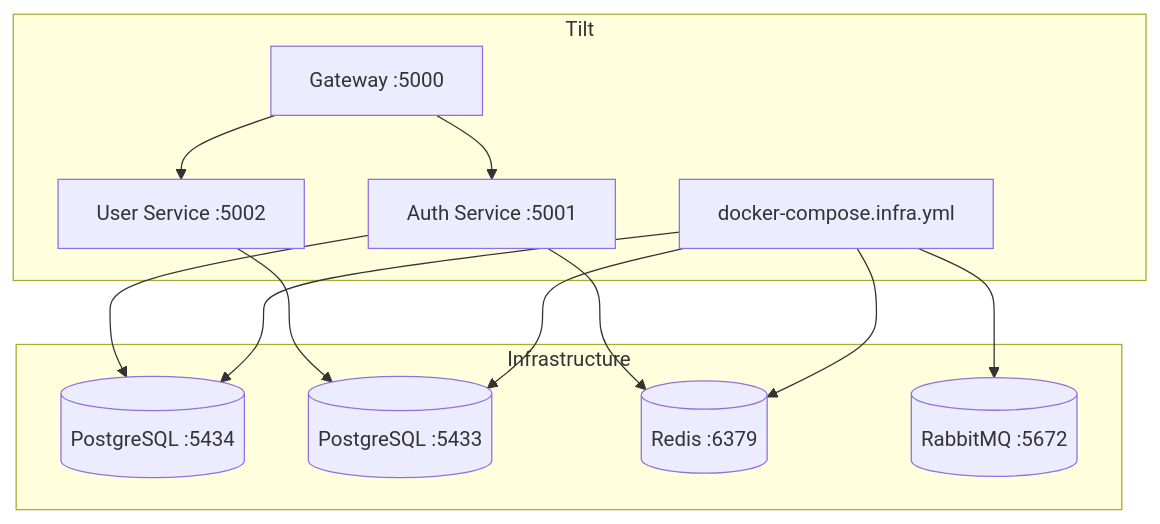
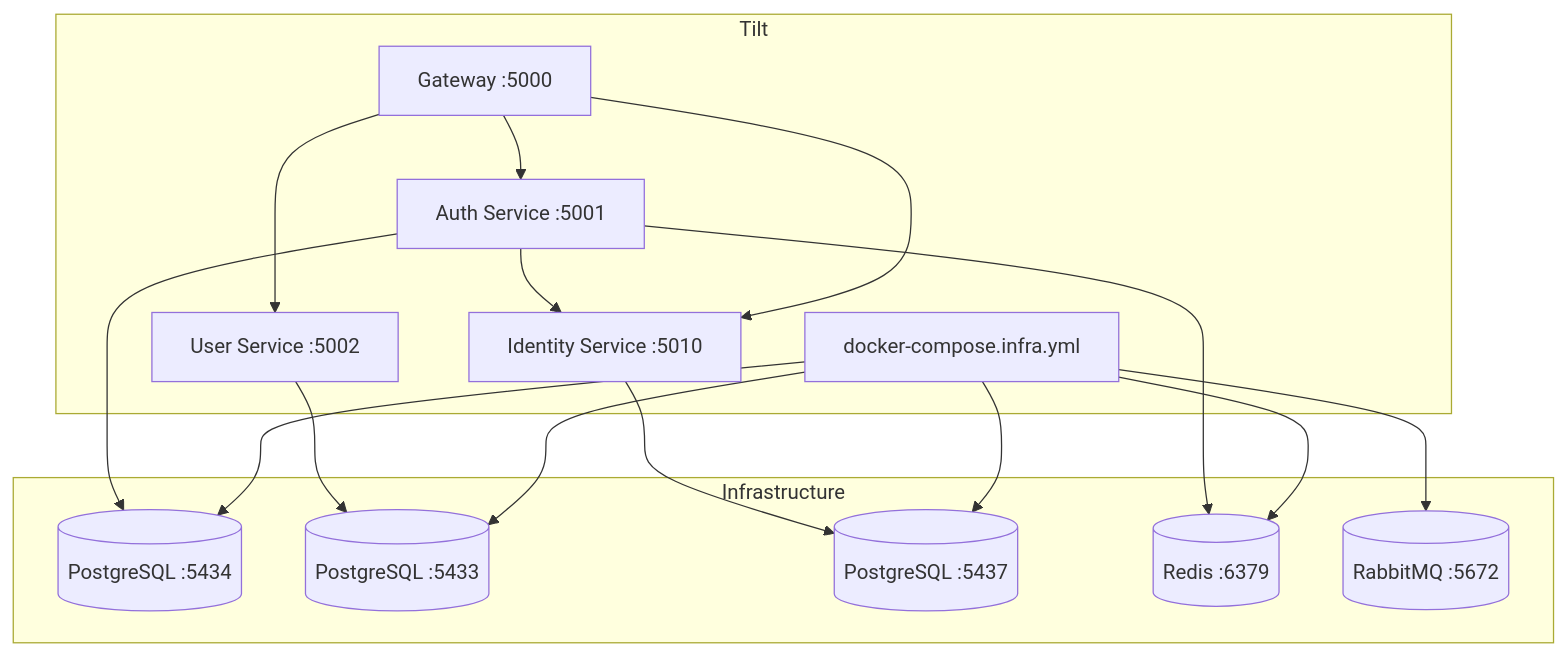
One commit to Nechja/hellArch changed the third of 3 diagrams in docs/guide/development.md. Above: the diagram before and after it, drawn with Mermaid. The commit also changed other lines of this file and 1 other file, not shown here.

Commit message:
I be documentiin' on a suuuuunday

````diff
--- a/docs/guide/development.md
+++ b/docs/guide/development.md
@@ -107,27 +107,33 @@
 ```mermaid
 graph TB
     subgraph Tilt
         INFRA[docker-compose.infra.yml]
         GATEWAY[Gateway :5000]
         AUTH[Auth Service :5001]
         USER[User Service :5002]
+        IDENTITY[Identity Service :5010]
     end
 
     subgraph Infrastructure
         PG_AUTH[(PostgreSQL :5434)]
         PG_USER[(PostgreSQL :5433)]
+        PG_IDENTITY[(PostgreSQL :5437)]
         REDIS[(Redis :6379)]
         RABBIT[(RabbitMQ :5672)]
     end
 
     INFRA --> PG_AUTH
     INFRA --> PG_USER
+    INFRA --> PG_IDENTITY
     INFRA --> REDIS
     INFRA --> RABBIT
 
     GATEWAY --> AUTH
     GATEWAY --> USER
+    GATEWAY --> IDENTITY
     AUTH --> PG_AUTH
     AUTH --> REDIS
+    AUTH --> IDENTITY
     USER --> PG_USER
+    IDENTITY --> PG_IDENTITY
 ```
````
